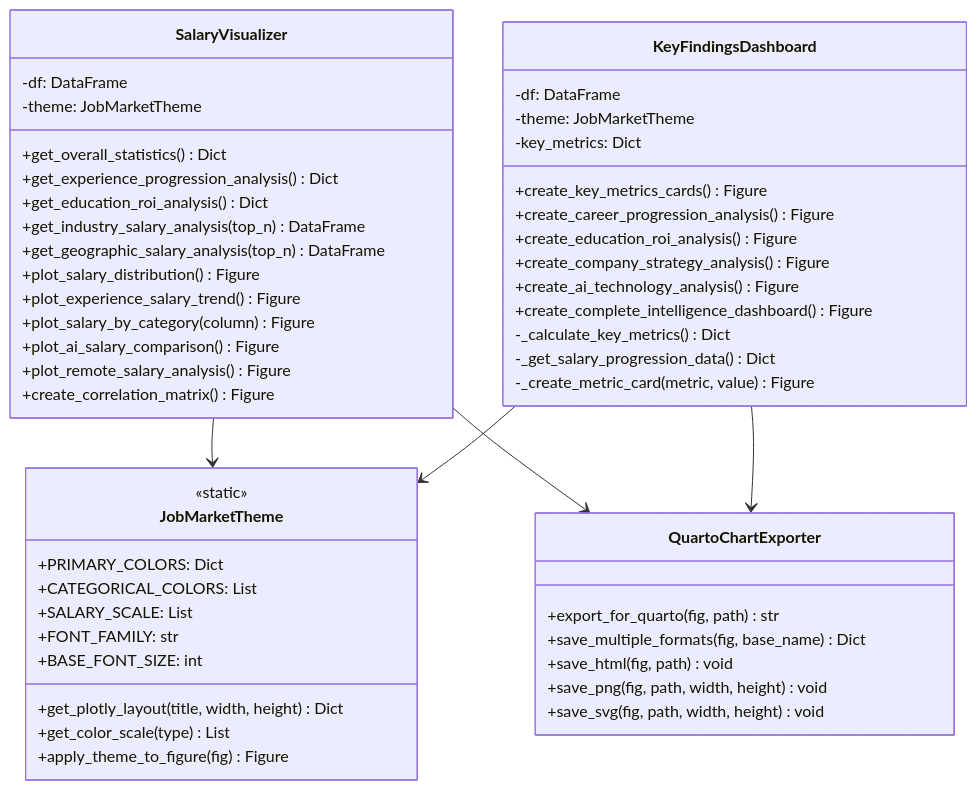
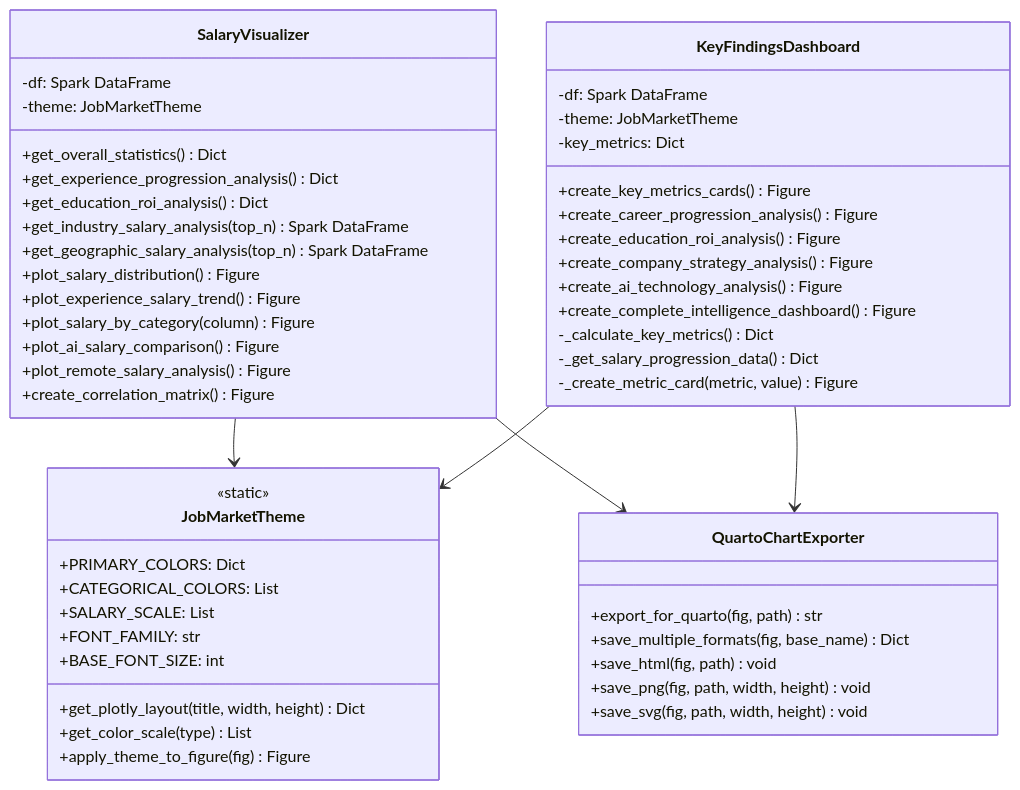
Before and after one commit to samarthya/ad688-scratch: the ninth of 11 diagrams in ARCHITECTURE.md, drawn with Mermaid. The commit also changed other lines of this file and 27 other files, not shown here.

````diff
--- a/ARCHITECTURE.md
+++ b/ARCHITECTURE.md
@@ -485,58 +490,58 @@
 ```mermaid
 classDiagram
     class SalaryVisualizer {
-        -df: DataFrame
+        -df: Spark DataFrame
         -theme: JobMarketTheme
         +get_overall_statistics() Dict
         +get_experience_progression_analysis() Dict
         +get_education_roi_analysis() Dict
-        +get_industry_salary_analysis(top_n) DataFrame
-        +get_geographic_salary_analysis(top_n) DataFrame
+        +get_industry_salary_analysis(top_n) Spark DataFrame
+        +get_geographic_salary_analysis(top_n) Spark DataFrame
         +plot_salary_distribution() Figure
         +plot_experience_salary_trend() Figure
         +plot_salary_by_category(column) Figure
         +plot_ai_salary_comparison() Figure
         +plot_remote_salary_analysis() Figure
         +create_correlation_matrix() Figure
     }
 
     class KeyFindingsDashboard {
-        -df: DataFrame
+        -df: Spark DataFrame
         -theme: JobMarketTheme
         -key_metrics: Dict
         +create_key_metrics_cards() Figure
         +create_career_progression_analysis() Figure
         +create_education_roi_analysis() Figure
         +create_company_strategy_analysis() Figure
         +create_ai_technology_analysis() Figure
         +create_complete_intelligence_dashboard() Figure
         -_calculate_key_metrics() Dict
         -_get_salary_progression_data() Dict
         -_create_metric_card(metric, value) Figure
     }
 
     class JobMarketTheme {
         <<static>>
         +PRIMARY_COLORS: Dict
         +CATEGORICAL_COLORS: List
         +SALARY_SCALE: List
         +FONT_FAMILY: str
         +BASE_FONT_SIZE: int
         +get_plotly_layout(title, width, height) Dict
         +get_color_scale(type) List
         +apply_theme_to_figure(fig) Figure
     }
 
     class QuartoChartExporter {
         +export_for_quarto(fig, path) str
         +save_multiple_formats(fig, base_name) Dict
         +save_html(fig, path) void
         +save_png(fig, path, width, height) void
         +save_svg(fig, path, width, height) void
     }
 
     SalaryVisualizer --> JobMarketTheme
     KeyFindingsDashboard --> JobMarketTheme
     SalaryVisualizer --> QuartoChartExporter
     KeyFindingsDashboard --> QuartoChartExporter
 ```
````
